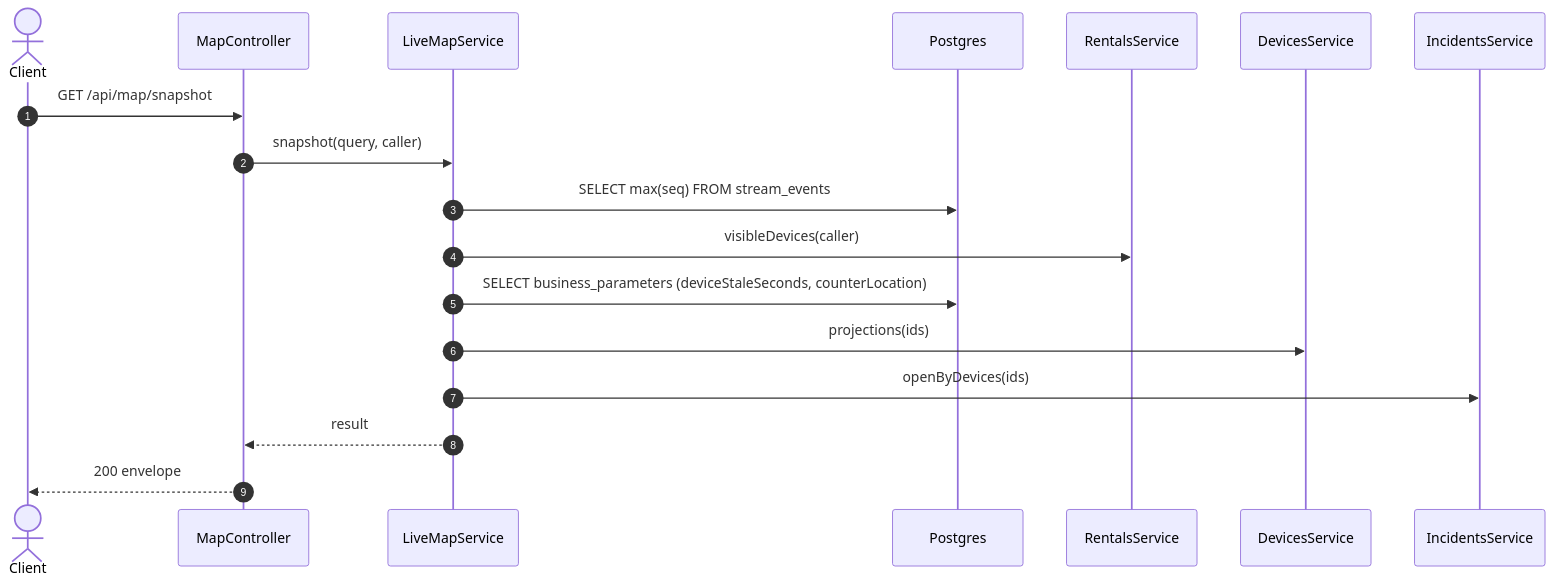
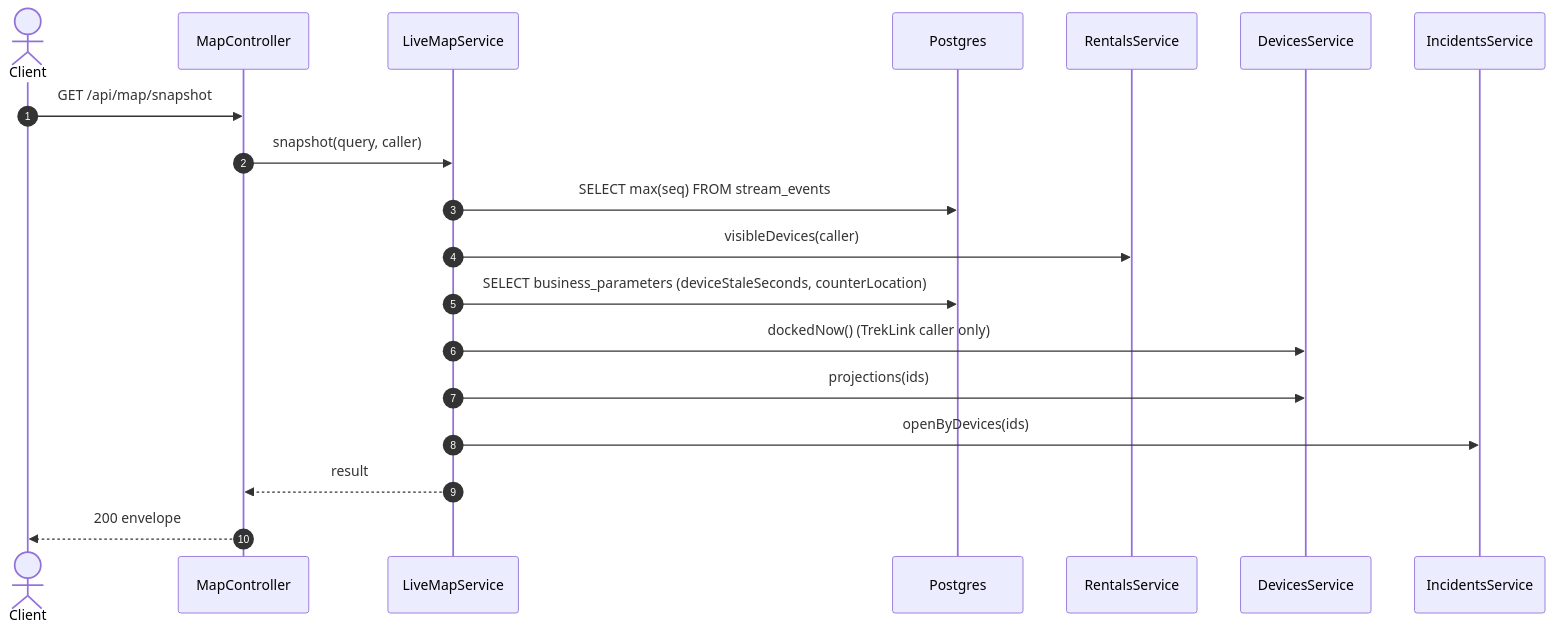
One commit to TrekLink-Team/treklink-web changed the second of 2 diagrams in specs/monitoring/api-design/02-get-map-snapshot.md. Above: the diagram before and after it, drawn with Mermaid. The commit also changed other lines of this file and 13 other files, not shown here.

````diff
--- a/specs/monitoring/api-design/02-get-map-snapshot.md
+++ b/specs/monitoring/api-design/02-get-map-snapshot.md
@@ -198,20 +228,21 @@
 ```mermaid
 sequenceDiagram
     autonumber
     actor C as Client
     participant Ctl as MapController
     participant Svc as LiveMapService
     participant DB as Postgres
     participant Rent as RentalsService
     participant Dev as DevicesService
     participant Inc as IncidentsService
     C->>Ctl: GET /api/map/snapshot
     Ctl->>Svc: snapshot(query, caller)
     Svc->>DB: SELECT max(seq) FROM stream_events
     Svc->>Rent: visibleDevices(caller)
     Svc->>DB: SELECT business_parameters (deviceStaleSeconds, counterLocation)
+    Svc->>Dev: dockedNow() (TrekLink caller only)
     Svc->>Dev: projections(ids)
     Svc->>Inc: openByDevices(ids)
     Svc-->>Ctl: result
     Ctl-->>C: 200 envelope
 ```
````
